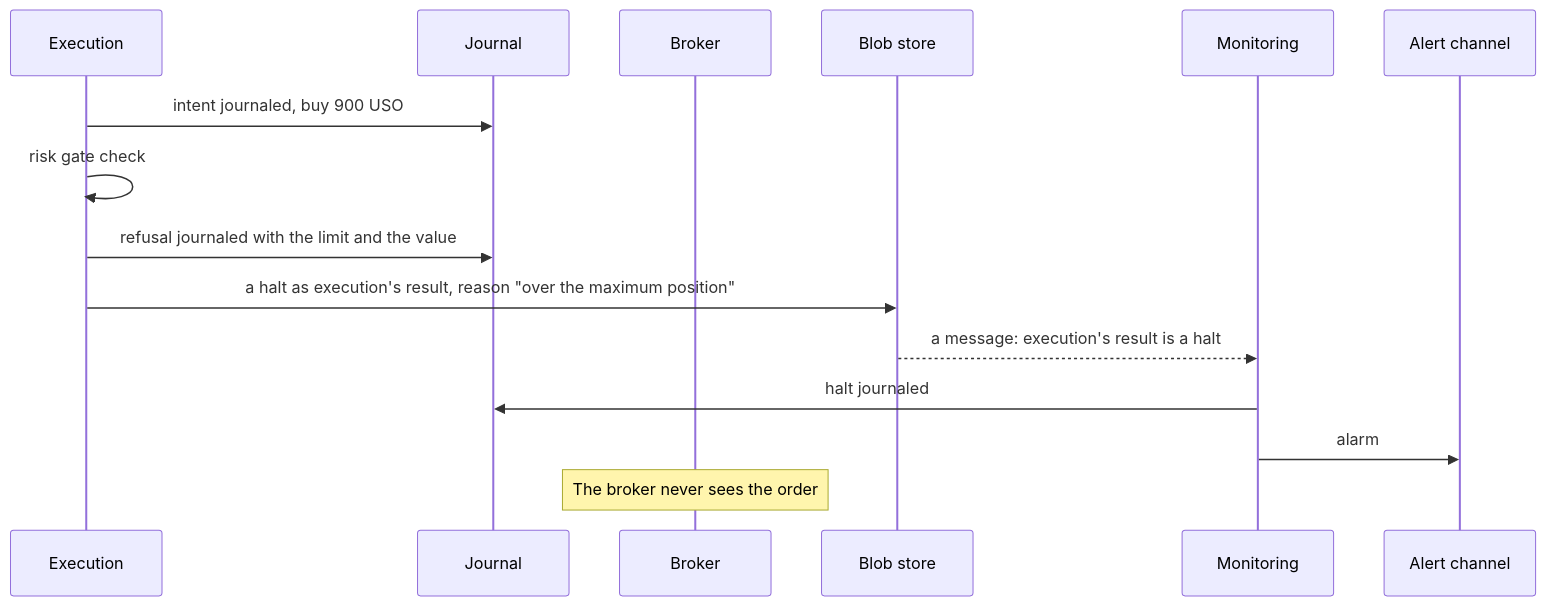
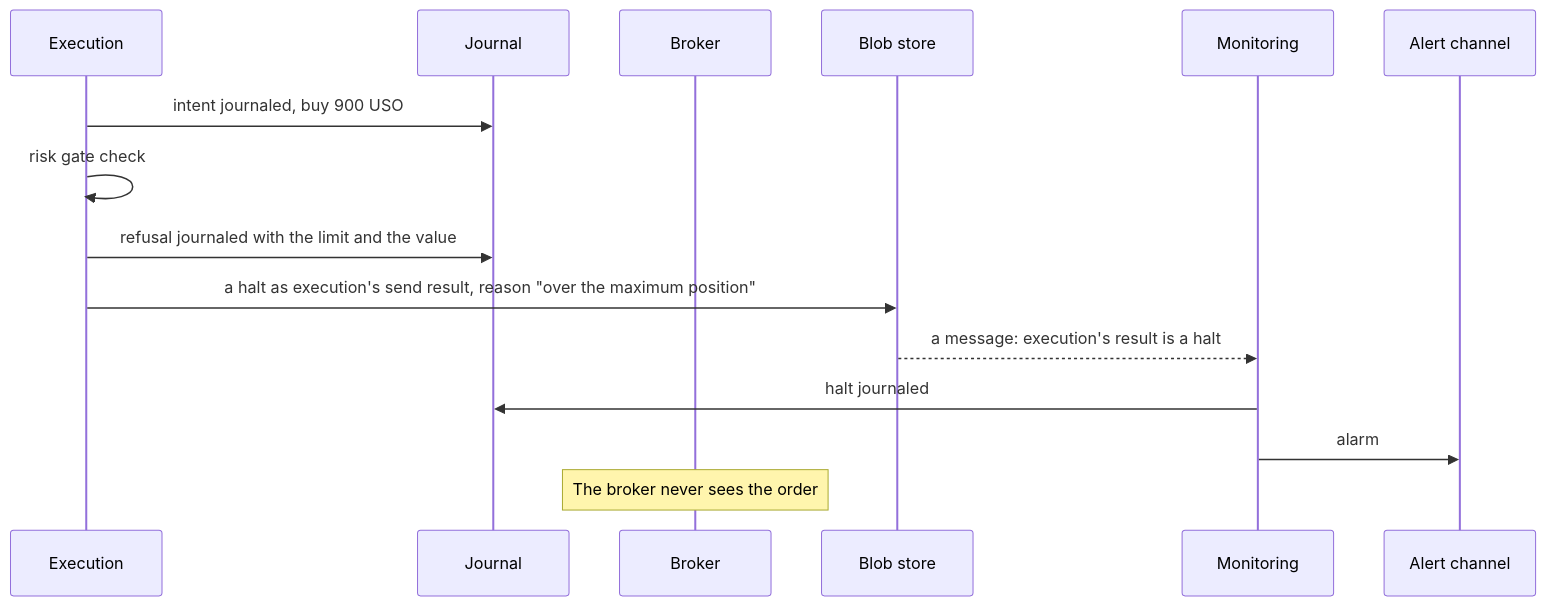
One commit to l3a0/ithildin-runtime changed the seventh of 16 diagrams in docs/architecture.md. Above: the diagram before and after it, drawn with Mermaid. The commit also changed other lines of this file and 2 other files, not shown here.

First line of the commit message:
docs(architecture): scrub the diagrams and prose against the latest design

````diff
--- a/docs/architecture.md
+++ b/docs/architecture.md
@@ -766,18 +763,18 @@
 ```mermaid
 sequenceDiagram
     participant X as Execution
     participant J as Journal
     participant B as Broker
     participant F as Blob store
     participant M as Monitoring
     participant L as Alert channel
 
     X->>J: intent journaled, buy 900 USO
     X->>X: risk gate check
     X->>J: refusal journaled with the limit and the value
-    X->>F: a halt as execution's result, reason "over the maximum position"
+    X->>F: a halt as execution's send result, reason "over the maximum position"
     F-->>M: a message: execution's result is a halt
     M->>J: halt journaled
     M->>L: alarm
     Note over B: The broker never sees the order
 ```
````
